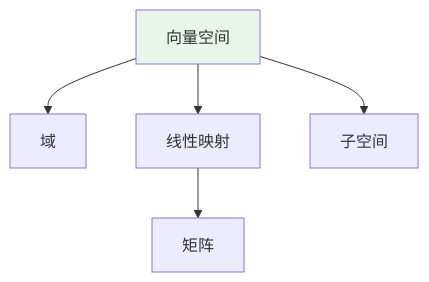
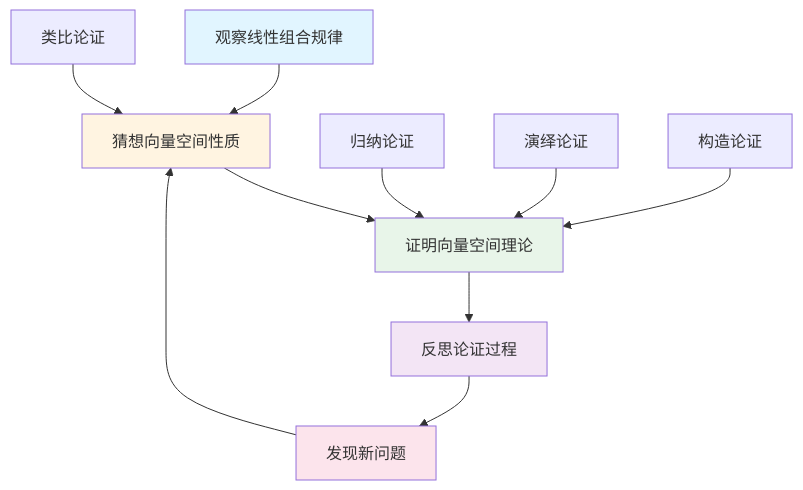
The fifth of 10 diagrams in concept/核心概念/11-向量空间.md (AdaMartin18010/FormalMath), drawn with Mermaid before and after one commit. The commit also changed other lines of this file and 4793 other files, not shown here.

````diff
--- a/concept/核心概念/11-向量空间.md
+++ b/concept/核心概念/11-向量空间.md
@@ -691,9 +1487,19 @@
 ```mermaid
 graph TD
-    A[向量空间] --> B[域]
-    A --> C[线性映射]
-    A --> D[子空间]
-    C --> E[矩阵]
+    A[观察线性组合规律] --> B[猜想向量空间性质]
+    B --> C[证明向量空间理论]
+    C --> D[反思论证过程]
+    D --> E[发现新问题]
+    E --> B
 
-    style A fill:#e8f5e9
+    F[归纳论证] --> C
+    G[演绎论证] --> C
+    H[类比论证] --> B
+    I[构造论证] --> C
+
+    style A fill:#e1f5ff
+    style B fill:#fff4e1
+    style C fill:#e8f5e9
+    style D fill:#f3e5f5
+    style E fill:#fce4ec
 ```
````
